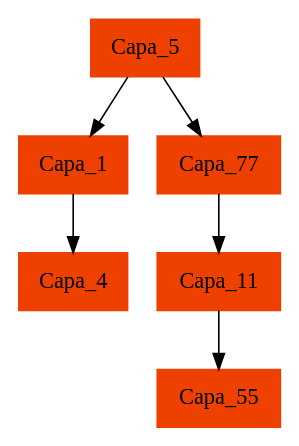
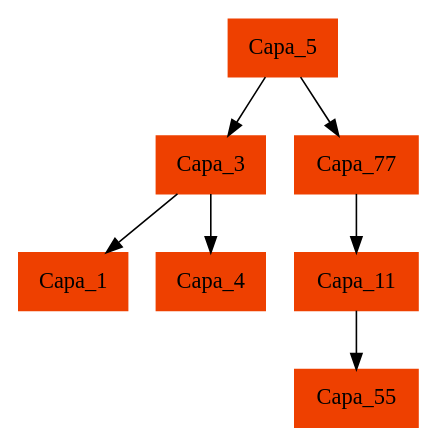
Before and after one commit to Cascarus/-EDD-Proyecto1_201603127: the diagram in [EDD]Proyecto1_201603127/ABB.dot, drawn with Graphviz. The commit also changed 17 other files, not shown here.

```diff
--- a/[EDD]Proyecto1_201603127/ABB.dot
+++ b/[EDD]Proyecto1_201603127/ABB.dot
@@ -1,20 +1,23 @@
 digraph g{
 	node [shape=record,width=.9,height=.5,style=filled,color=orangered2];
-	Node5->Node1; 
+	Node5->Node3; 
 	Node5->Node77; 
-	Node1->Node4; 
+	Node3->Node1; 
+	Node3->Node4; 
+
+ 	Node1[label = "Capa_1"] 
 
  	Node4[label = "Capa_4"] 
 
- 	Node1[label = "Capa_1"] 
+ 	Node3[label = "Capa_3"] 
 	Node77->Node11; 
 	Node11->Node55; 
 
  	Node55[label = "Capa_55"] 
 
  	Node11[label = "Capa_11"] 
 
  	Node77[label = "Capa_77"] 
 
  	Node5[label = "Capa_5"] 
 }
```
